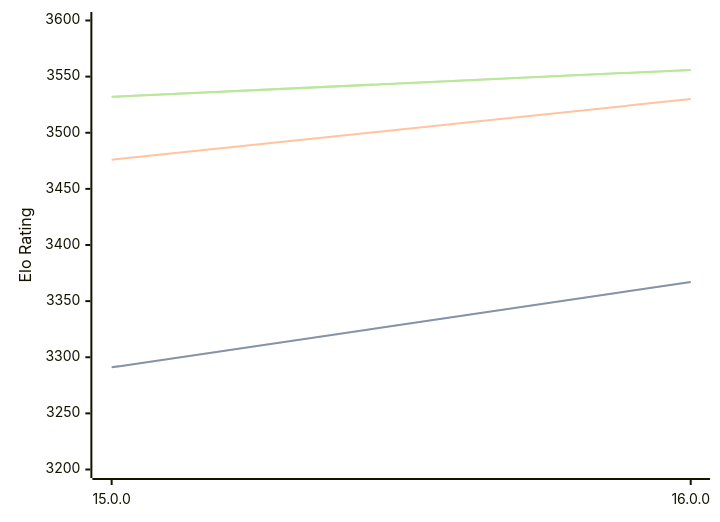
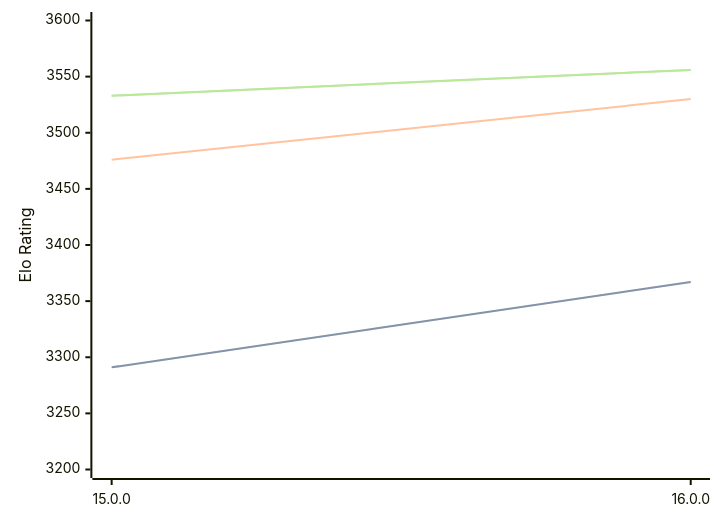
Before and after one commit to computer-chess-index/cci: the diagram in engines/Halogen.md, drawn with Mermaid. The commit also changed other lines of this file, not shown here.

Commit message:
Update CCI Ratings (ELO VLTC) - 2026-09-14

````diff
--- a/engines/Halogen.md
+++ b/engines/Halogen.md
@@ -32,11 +32,11 @@
 ```mermaid
 %%{init: {"theme":"base","themeVariables":{"seriesColors:['#a3a3a3','#222221','#faa371']}}}%%
 xychart-beta
   x-axis ["15.0.0", "16.0.0"]
   y-axis "Elo Rating" 3200 --> 3600
   line "" [3291, 3367]
   line "STC (8.0+0.08s)" [3291, 3367]
   line "LTC (60.0+0.60s)" [3476, 3530]
-  line "" [3532, 3556]
-  line "VLTC (2m24s+1.12s)" [3532, 3556]
+  line "" [3533, 3556]
+  line "VLTC (2m24s+1.12s)" [3533, 3556]
 ```
````
